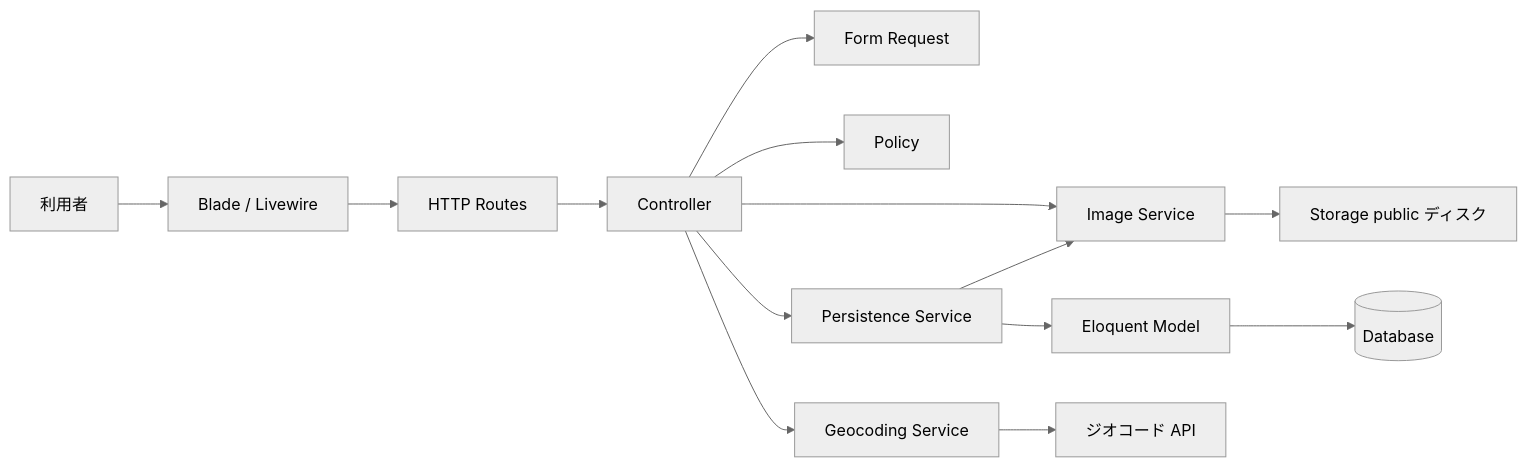
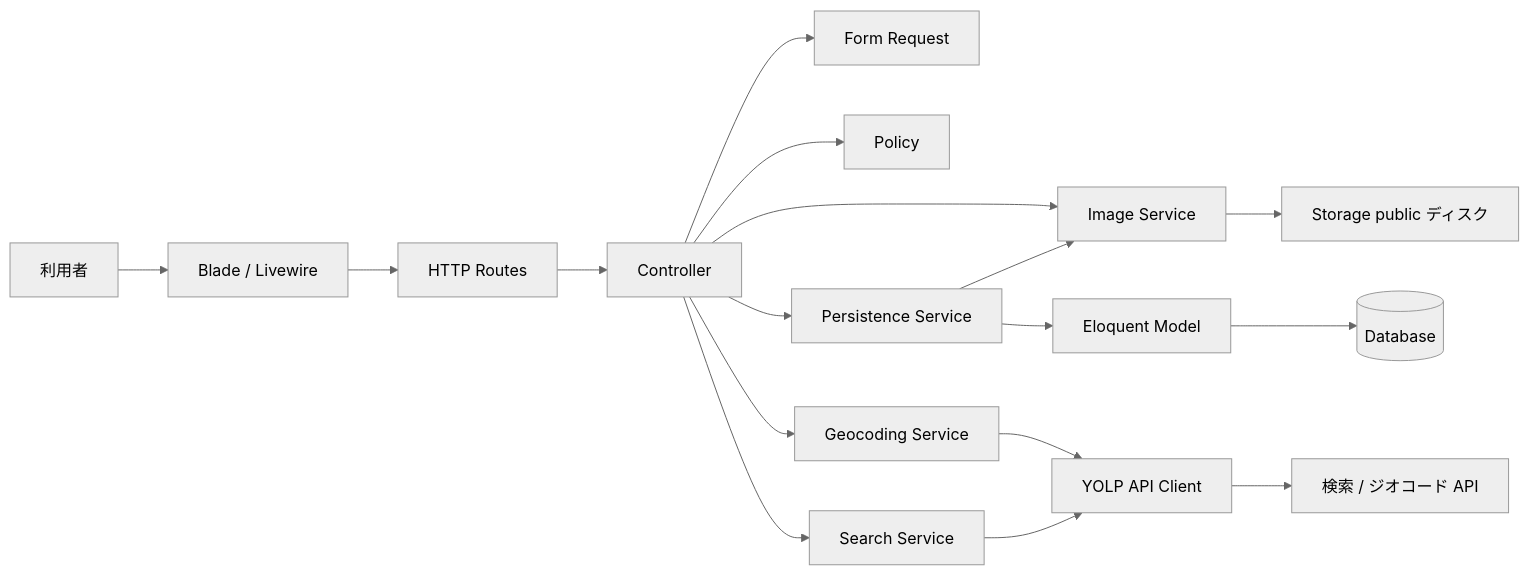
Before and after one commit to ariki41/BikeParking: the first of 2 diagrams in doc/design.md, drawn with Mermaid (neutral theme). The commit also changed other lines of this file and 10 other files, not shown here.

````diff
--- a/doc/design.md
+++ b/doc/design.md
@@ -29,16 +29,19 @@
 ```mermaid
 flowchart LR
     U[利用者] --> V[Blade / Livewire]
     V --> R[HTTP Routes]
     R --> C[Controller]
     C --> F[Form Request]
     C --> P[Policy]
     C --> PS[Persistence Service]
     C --> GS[Geocoding Service]
+    C --> SS[Search Service]
     C --> IS[Image Service]
     PS --> IS
     PS --> M[Eloquent Model]
     M --> D[(Database)]
-    GS --> G[ジオコード API]
+    GS --> YC[YOLP API Client]
+    SS --> YC
+    YC --> G[検索 / ジオコード API]
     IS --> FS[Storage public ディスク]
 ```
````
